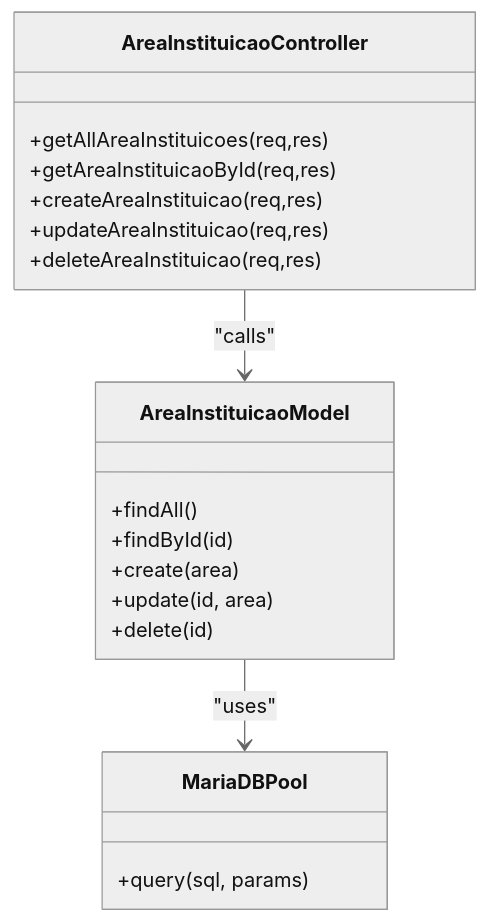
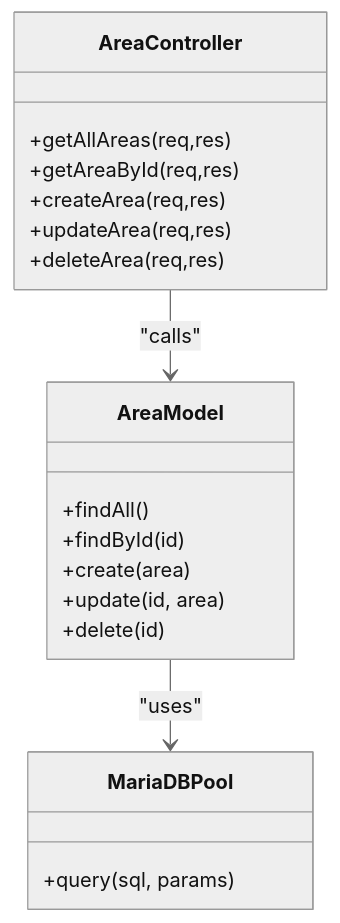
Before and after one commit to luiseduacosta/nodemural: the third of 6 diagrams in .qoder/repowiki/en/content/Core Features Implementation/Institutional Management.md, drawn with Mermaid (neutral theme). The commit also changed other lines of this file and 25 other files, not shown here.

````diff
--- a/.qoder/repowiki/en/content/Core Features Implementation/Institutional Management.md
+++ b/.qoder/repowiki/en/content/Core Features Implementation/Institutional Management.md
@@ -157,22 +157,22 @@
 ```mermaid
 classDiagram
-class AreaInstituicaoController {
-+getAllAreaInstituicoes(req,res)
-+getAreaInstituicaoById(req,res)
-+createAreaInstituicao(req,res)
-+updateAreaInstituicao(req,res)
-+deleteAreaInstituicao(req,res)
+class AreaController {
++getAllAreas(req,res)
++getAreaById(req,res)
++createArea(req,res)
++updateArea(req,res)
++deleteArea(req,res)
 }
-class AreaInstituicaoModel {
+class AreaModel {
 +findAll()
 +findById(id)
 +create(area)
 +update(id, area)
 +delete(id)
 }
 class MariaDBPool {
 +query(sql, params)
 }
-AreaInstituicaoController --> AreaInstituicaoModel : "calls"
-AreaInstituicaoModel --> MariaDBPool : "uses"
+AreaController --> AreaModel : "calls"
+AreaModel --> MariaDBPool : "uses"
 ```
````
